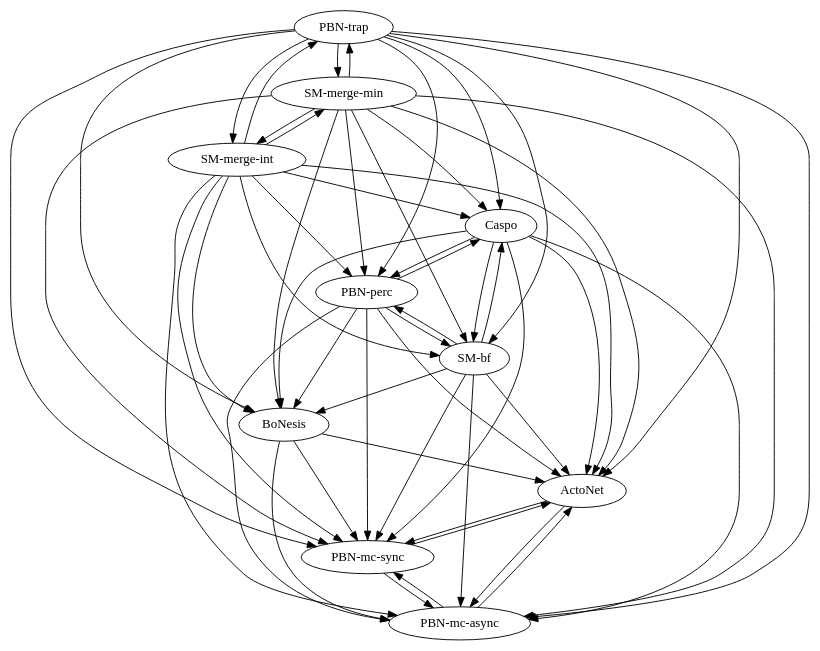
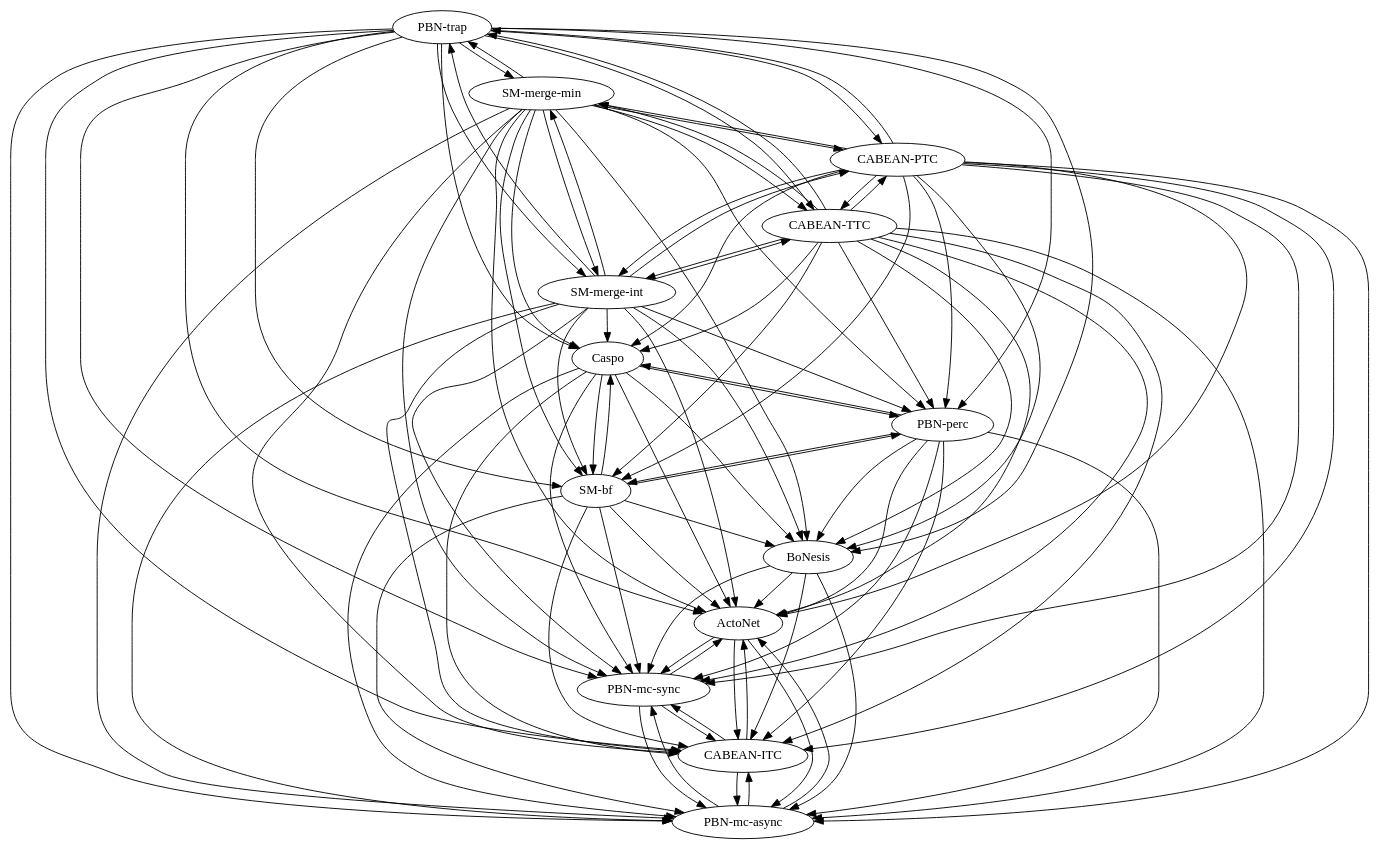
The diagram in experiments/results/counterexamples/ce_yes_ASA_no_MTS/_graph.dot (kalebmoon07/BN-control-taxonomy), drawn with Graphviz before and after one commit. The commit also changed 85 other files, not shown here.

```diff
--- a/experiments/results/counterexamples/ce_yes_ASA_no_MTS/_graph.dot
+++ b/experiments/results/counterexamples/ce_yes_ASA_no_MTS/_graph.dot
@@ -1,66 +1,112 @@
 strict digraph  {
 BoNesis;
 ActoNet;
 Caspo;
 "PBN-mc-sync";
 "PBN-mc-async";
 "PBN-perc";
 "PBN-trap";
 "SM-bf";
 "SM-merge-min";
 "SM-merge-int";
+"CABEAN-ITC";
+"CABEAN-TTC";
+"CABEAN-PTC";
 BoNesis -> ActoNet;
 BoNesis -> "PBN-mc-sync";
 BoNesis -> "PBN-mc-async";
+BoNesis -> "CABEAN-ITC";
 ActoNet -> "PBN-mc-sync";
 ActoNet -> "PBN-mc-async";
+ActoNet -> "CABEAN-ITC";
 Caspo -> ActoNet;
 Caspo -> BoNesis;
 Caspo -> "PBN-mc-sync";
 Caspo -> "PBN-mc-async";
 Caspo -> "PBN-perc";
 Caspo -> "SM-bf";
+Caspo -> "CABEAN-ITC";
 "PBN-mc-sync" -> ActoNet;
 "PBN-mc-sync" -> "PBN-mc-async";
+"PBN-mc-sync" -> "CABEAN-ITC";
 "PBN-mc-async" -> ActoNet;
 "PBN-mc-async" -> "PBN-mc-sync";
+"PBN-mc-async" -> "CABEAN-ITC";
 "PBN-perc" -> ActoNet;
 "PBN-perc" -> BoNesis;
 "PBN-perc" -> Caspo;
 "PBN-perc" -> "PBN-mc-sync";
 "PBN-perc" -> "PBN-mc-async";
 "PBN-perc" -> "SM-bf";
+"PBN-perc" -> "CABEAN-ITC";
 "PBN-trap" -> ActoNet;
 "PBN-trap" -> BoNesis;
 "PBN-trap" -> Caspo;
 "PBN-trap" -> "PBN-mc-sync";
 "PBN-trap" -> "PBN-mc-async";
 "PBN-trap" -> "PBN-perc";
 "PBN-trap" -> "SM-bf";
 "PBN-trap" -> "SM-merge-min";
 "PBN-trap" -> "SM-merge-int";
+"PBN-trap" -> "CABEAN-ITC";
+"PBN-trap" -> "CABEAN-TTC";
+"PBN-trap" -> "CABEAN-PTC";
 "SM-bf" -> ActoNet;
 "SM-bf" -> BoNesis;
 "SM-bf" -> Caspo;
 "SM-bf" -> "PBN-mc-sync";
 "SM-bf" -> "PBN-mc-async";
 "SM-bf" -> "PBN-perc";
+"SM-bf" -> "CABEAN-ITC";
 "SM-merge-min" -> ActoNet;
 "SM-merge-min" -> BoNesis;
 "SM-merge-min" -> Caspo;
 "SM-merge-min" -> "PBN-mc-sync";
 "SM-merge-min" -> "PBN-mc-async";
 "SM-merge-min" -> "PBN-perc";
 "SM-merge-min" -> "PBN-trap";
 "SM-merge-min" -> "SM-bf";
 "SM-merge-min" -> "SM-merge-int";
+"SM-merge-min" -> "CABEAN-ITC";
+"SM-merge-min" -> "CABEAN-TTC";
+"SM-merge-min" -> "CABEAN-PTC";
 "SM-merge-int" -> ActoNet;
 "SM-merge-int" -> BoNesis;
 "SM-merge-int" -> Caspo;
 "SM-merge-int" -> "PBN-mc-sync";
 "SM-merge-int" -> "PBN-mc-async";
 "SM-merge-int" -> "PBN-perc";
 "SM-merge-int" -> "PBN-trap";
 "SM-merge-int" -> "SM-bf";
 "SM-merge-int" -> "SM-merge-min";
+"SM-merge-int" -> "CABEAN-ITC";
+"SM-merge-int" -> "CABEAN-TTC";
+"SM-merge-int" -> "CABEAN-PTC";
+"CABEAN-ITC" -> ActoNet;
+"CABEAN-ITC" -> "PBN-mc-sync";
+"CABEAN-ITC" -> "PBN-mc-async";
+"CABEAN-TTC" -> ActoNet;
+"CABEAN-TTC" -> BoNesis;
+"CABEAN-TTC" -> Caspo;
+"CABEAN-TTC" -> "PBN-mc-sync";
+"CABEAN-TTC" -> "PBN-mc-async";
+"CABEAN-TTC" -> "PBN-perc";
+"CABEAN-TTC" -> "PBN-trap";
+"CABEAN-TTC" -> "SM-bf";
+"CABEAN-TTC" -> "SM-merge-min";
+"CABEAN-TTC" -> "SM-merge-int";
+"CABEAN-TTC" -> "CABEAN-ITC";
+"CABEAN-TTC" -> "CABEAN-PTC";
+"CABEAN-PTC" -> ActoNet;
+"CABEAN-PTC" -> BoNesis;
+"CABEAN-PTC" -> Caspo;
+"CABEAN-PTC" -> "PBN-mc-sync";
+"CABEAN-PTC" -> "PBN-mc-async";
+"CABEAN-PTC" -> "PBN-perc";
+"CABEAN-PTC" -> "PBN-trap";
+"CABEAN-PTC" -> "SM-bf";
+"CABEAN-PTC" -> "SM-merge-min";
+"CABEAN-PTC" -> "SM-merge-int";
+"CABEAN-PTC" -> "CABEAN-ITC";
+"CABEAN-PTC" -> "CABEAN-TTC";
 }
```
